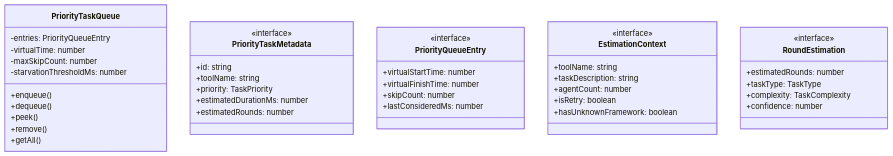
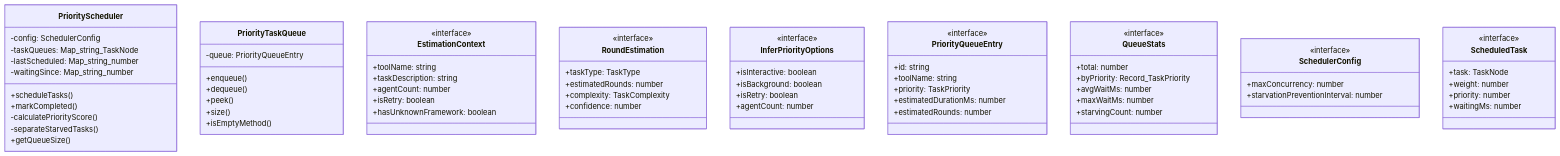
The first of 4 diagrams in ABDD/.pi/lib/priority-scheduler.md (Mekann2904/mekann), drawn with Mermaid before and after one commit. The commit also changed other lines of this file and 257 other files, not shown here.

````diff
--- a/ABDD/.pi/lib/priority-scheduler.md
+++ b/ABDD/.pi/lib/priority-scheduler.md
@@ -38,44 +50,72 @@
 ```mermaid
 classDiagram
+  class PriorityScheduler {
+    -config: SchedulerConfig
+    -taskQueues: Map_string_TaskNode
+    -lastScheduled: Map_string_number
+    -waitingSince: Map_string_number
+    +scheduleTasks()
+    +markCompleted()
+    -calculatePriorityScore()
+    -separateStarvedTasks()
+    +getQueueSize()
+  }
   class PriorityTaskQueue {
-    -entries: PriorityQueueEntry
-    -virtualTime: number
-    -maxSkipCount: number
-    -starvationThresholdMs: number
+    -queue: PriorityQueueEntry
     +enqueue()
     +dequeue()
     +peek()
-    +remove()
-    +getAll()
-  }
-  class PriorityTaskMetadata {
-    <<interface>>
-    +id: string
-    +toolName: string
-    +priority: TaskPriority
-    +estimatedDurationMs: number
-    +estimatedRounds: number
-  }
-  class PriorityQueueEntry {
-    <<interface>>
-    +virtualStartTime: number
-    +virtualFinishTime: number
-    +skipCount: number
-    +lastConsideredMs: number
+    +size()
+    +isEmptyMethod()
   }
   class EstimationContext {
     <<interface>>
     +toolName: string
     +taskDescription: string
     +agentCount: number
     +isRetry: boolean
     +hasUnknownFramework: boolean
   }
   class RoundEstimation {
     <<interface>>
+    +taskType: TaskType
     +estimatedRounds: number
-    +taskType: TaskType
     +complexity: TaskComplexity
     +confidence: number
   }
+  class InferPriorityOptions {
+    <<interface>>
+    +isInteractive: boolean
+    +isBackground: boolean
+    +isRetry: boolean
+    +agentCount: number
+  }
+  class PriorityQueueEntry {
+    <<interface>>
+    +id: string
+    +toolName: string
+    +priority: TaskPriority
+    +estimatedDurationMs: number
+    +estimatedRounds: number
+  }
+  class QueueStats {
+    <<interface>>
+    +total: number
+    +byPriority: Record_TaskPriority
+    +avgWaitMs: number
+    +maxWaitMs: number
+    +starvingCount: number
+  }
+  class SchedulerConfig {
+    <<interface>>
+    +maxConcurrency: number
+    +starvationPreventionInterval: number
+  }
+  class ScheduledTask {
+    <<interface>>
+    +task: TaskNode
+    +weight: number
+    +priority: number
+    +waitingMs: number
+  }
 ```
````
